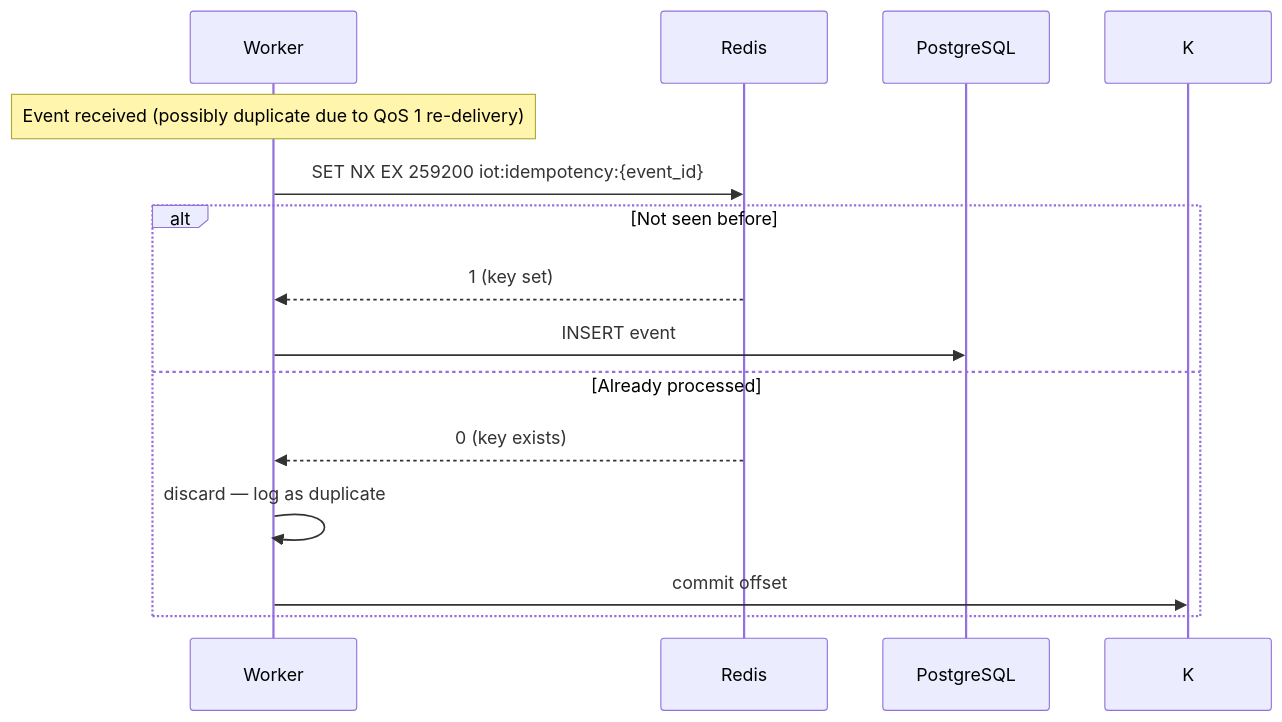
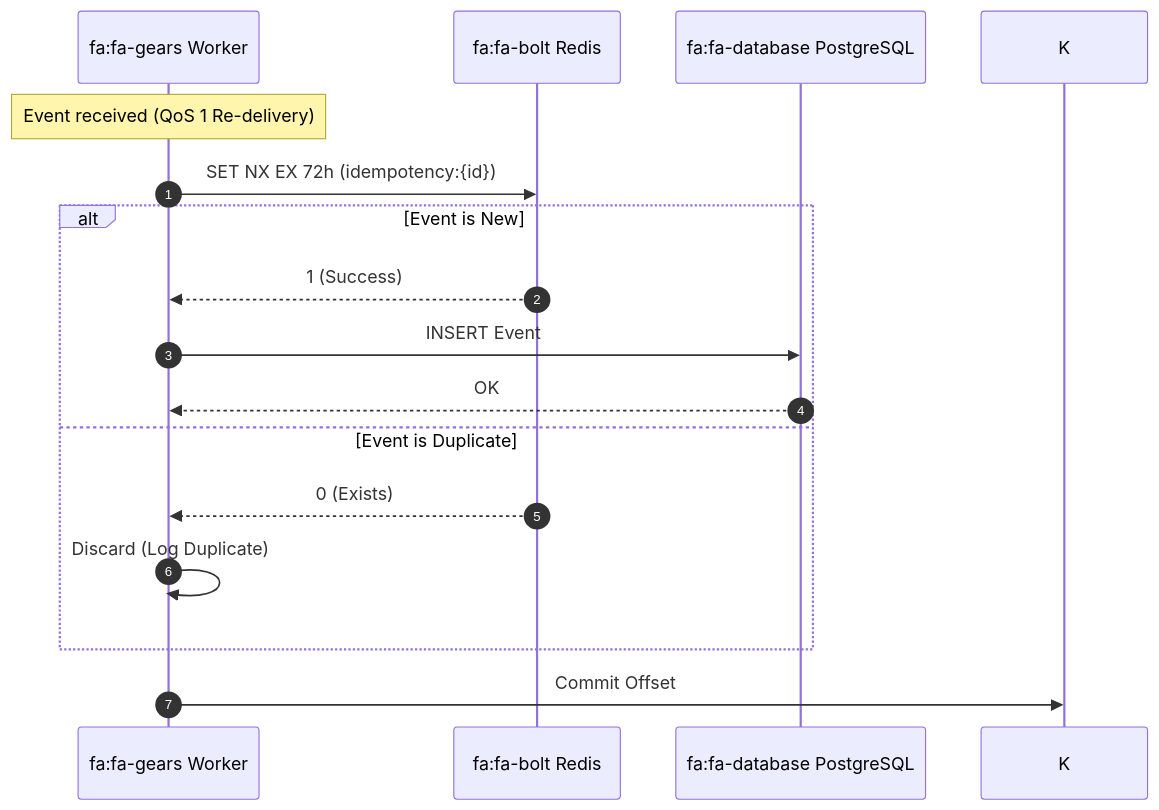
Before and after one commit to umeshror/iotflow-distributed-system: the fourth of 4 diagrams in docs/system_design.md, drawn with Mermaid. The commit also changed other lines of this file and 38 other files, not shown here.

Commit message:
Introduced IOT Flow

````diff
--- a/docs/system_design.md
+++ b/docs/system_design.md
@@ -195,17 +202,19 @@
 ```mermaid
 sequenceDiagram
-    participant W as Worker
-    participant R as Redis
-    participant PG as PostgreSQL
+    autonumber
+    participant W as fa:fa-gears Worker
+    participant R as fa:fa-bolt Redis
+    participant PG as fa:fa-database PostgreSQL
 
-    note over W: Event received (possibly duplicate due to QoS 1 re-delivery)
-    W->>R: SET NX EX 259200 iot:idempotency:{event_id}
-    alt Not seen before
-        R-->>W: 1 (key set)
-        W->>PG: INSERT event
-    else Already processed
-        R-->>W: 0 (key exists)
-        W->>W: discard — log as duplicate
-        W->>K: commit offset
+    Note over W: Event received (QoS 1 Re-delivery)
+    W->>R: SET NX EX 72h (idempotency:{id})
+    alt Event is New
+        R-->>W: 1 (Success)
+        W->>PG: INSERT Event
+        PG-->>W: OK
+    else Event is Duplicate
+        R-->>W: 0 (Exists)
+        W->>W: Discard (Log Duplicate)
     end
+    W->>K: Commit Offset
 ```
````
